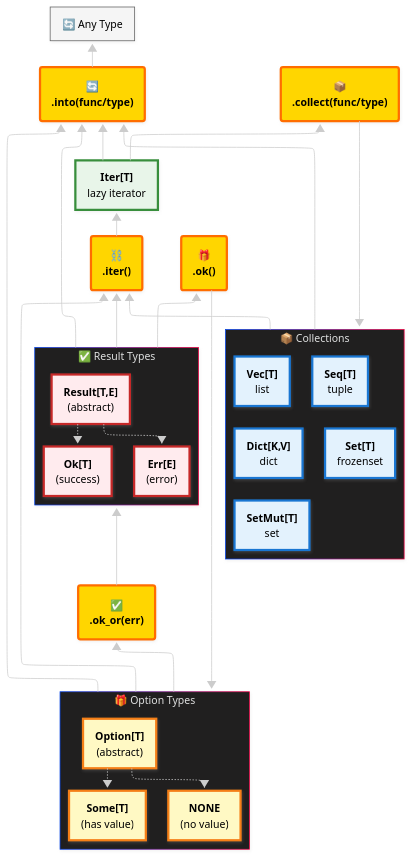
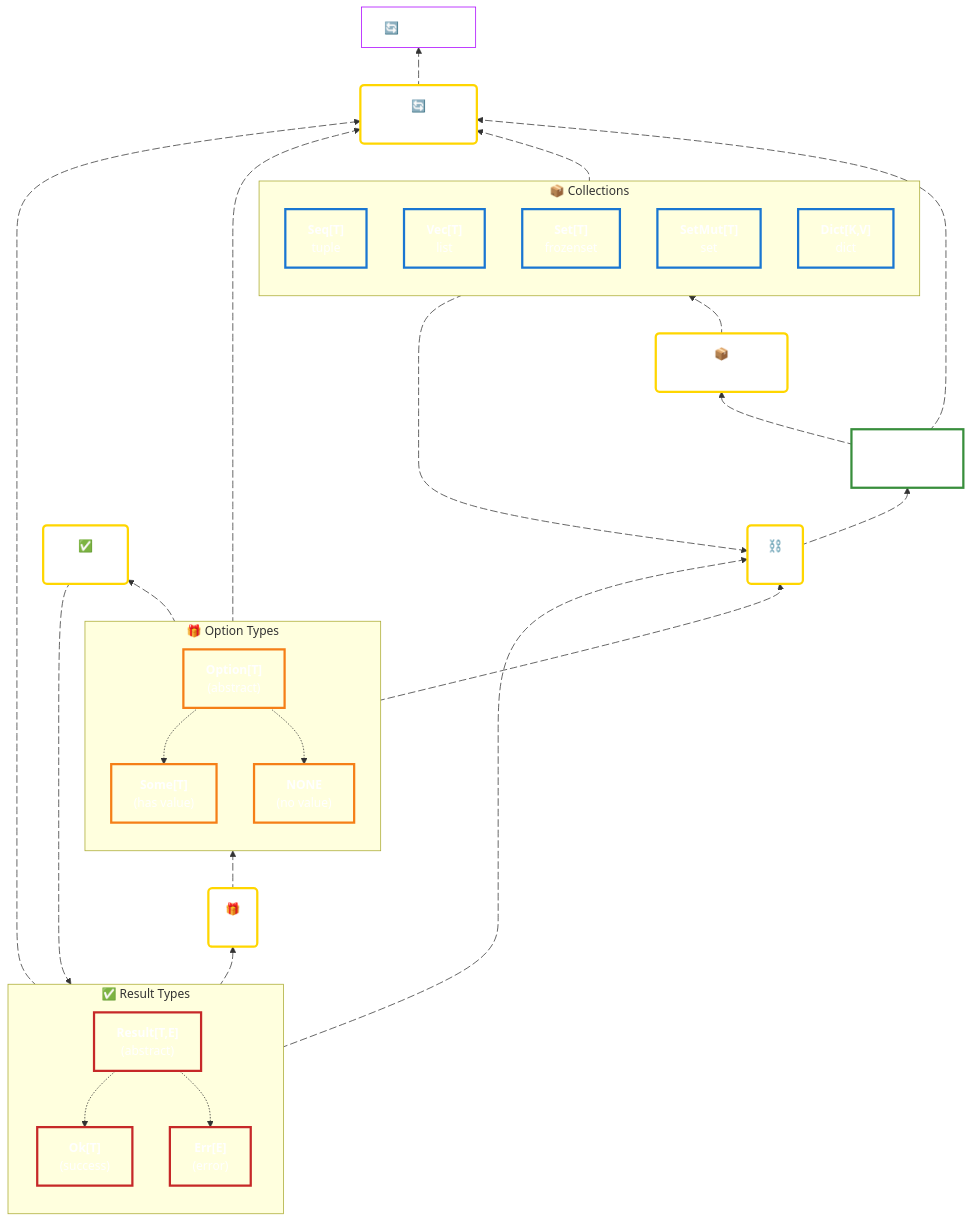
The diagram in docs/core-types-overview.md (OutSquareCapital/pyochain), drawn with Mermaid before and after one commit. The commit also changed 4 other files, not shown here.

````diff
--- a/docs/core-types-overview.md
+++ b/docs/core-types-overview.md
@@ -37,9 +37,7 @@
 ```mermaid
 ---
 config:
-  look: neo
-  layout: elk
-  theme: neo-dark
+  layout: dagre
 ---
 flowchart BT
  subgraph Collections["📦 Collections"]
@@ -64,15 +62,15 @@
   end
     Option -.-> Some & NONE
     Result -.-> Ok & Err
-    Collections --> IterMethod["⛓️<br><b>.iter()</b>"] & Into["🔄<br><b>.into(func/type)</b>"]
-    OptionGroup --> IterMethod & OkOrMethod["✅<br><b>.ok_or(err)</b>"] & Into
-    ResultGroup --> IterMethod & OkMethod["🎁<br><b>.ok()</b>"] & Into
-    IterMethod --> Iter["<b>Iter[T]</b><br>lazy iterator"]
-    Iter --> CollectMethod["📦<br><b>.collect(func/type)</b>"] & Into
-    CollectMethod --> Collections
-    OkOrMethod --> ResultGroup
-    OkMethod --> OptionGroup
-    Into --> AnyType["🔄 Any Type"]
+    Collections L_Collections_IterMethod_0@--> IterMethod["⛓️<br><b>.iter()</b>"] & Into["🔄<br><b>.into(func/type)</b>"]
+    OptionGroup L_OptionGroup_IterMethod_0@--> IterMethod & OkOrMethod["✅<br><b>.ok_or(err)</b>"] & Into
+    ResultGroup L_ResultGroup_IterMethod_0@--> IterMethod & OkMethod["🎁<br><b>.ok()</b>"] & Into
+    IterMethod L_IterMethod_Iter_0@--> Iter["<b>Iter[T]</b><br>lazy iterator"]
+    Iter L_Iter_CollectMethod_0@--> CollectMethod["📦<br><b>.collect(func/type)</b>"] & Into
+    CollectMethod L_CollectMethod_Collections_0@--> Collections
+    OkOrMethod L_OkOrMethod_ResultGroup_0@--> ResultGroup
+    OkMethod L_OkMethod_OptionGroup_0@--> OptionGroup
+    Into L_Into_AnyType_0@--> AnyType["🔄 Any Type"]
 
     IterMethod@{ shape: rounded}
     Into@{ shape: rounded}
@@ -107,10 +105,38 @@
     classDef resultStyle fill:#ffebee,stroke:#c62828,stroke-width:3px,color:#000
     classDef intoStyle fill:#e1bee7,stroke:#7b1fa2,stroke-width:3px,color:#000
     classDef anyStyle fill:#f5f5f5,stroke:#616161,stroke-width:2px,stroke-dasharray:5,color:#000
-    style IterMethod fill:#FFD600,stroke:#FF6D00
-    style Into stroke:#FF6D00,fill:#FFD600
-    style OkOrMethod fill:#FFD600,stroke:#FF6D00
-    style OkMethod fill:#FFD600,stroke:#FF6D00
-    style CollectMethod fill:#FFD600,stroke:#FF6D00
-    style AnyType stroke-width:1px,stroke-dasharray: 0
+    style Seq fill:transparent,color:#FFFFFF
+    style Vec color:#FFFFFF,fill:transparent
+    style Set color:#FFFFFF,fill:transparent
+    style SetMut fill:transparent,color:#FFFFFF
+    style Dict color:#FFFFFF,fill:transparent
+    style Option fill:transparent,color:#FFFFFF
+    style Some fill:transparent,color:#FFFFFF
+    style NONE fill:transparent,color:#FFFFFF
+    style Result color:#FFFFFF,fill:transparent
+    style Ok color:#FFFFFF,fill:transparent
+    style Err color:#FFFFFF,fill:transparent
+    style IterMethod fill:transparent,stroke:#FFD600,color:#FFFFFF
+    style Into stroke:#FFD600,fill:transparent,color:#FFFFFF
+    style OkOrMethod fill:transparent,stroke:#FFD600,color:#FFFFFF
+    style OkMethod fill:transparent,stroke:#FFD600,color:#FFFFFF
+    style Iter color:#FFFFFF,fill:transparent
+    style CollectMethod fill:transparent,stroke:#FFD600,color:#FFFFFF
+    style AnyType stroke-width:1px,stroke-dasharray: 0,color:#FFFFFF,fill:transparent,stroke:#AA00FF
+
+    L_Collections_IterMethod_0@{ animation: slow } 
+    L_Collections_Into_0@{ animation: slow } 
+    L_OptionGroup_IterMethod_0@{ animation: slow } 
+    L_OptionGroup_OkOrMethod_0@{ animation: slow } 
+    L_OptionGroup_Into_0@{ animation: slow } 
+    L_ResultGroup_IterMethod_0@{ animation: slow } 
+    L_ResultGroup_OkMethod_0@{ animation: slow } 
+    L_ResultGroup_Into_0@{ animation: slow } 
+    L_IterMethod_Iter_0@{ animation: slow } 
+    L_Iter_CollectMethod_0@{ animation: slow } 
+    L_Iter_Into_0@{ animation: slow } 
+    L_CollectMethod_Collections_0@{ animation: slow } 
+    L_OkOrMethod_ResultGroup_0@{ animation: slow } 
+    L_OkMethod_OptionGroup_0@{ animation: slow } 
+    L_Into_AnyType_0@{ animation: slow }
 ```
````
